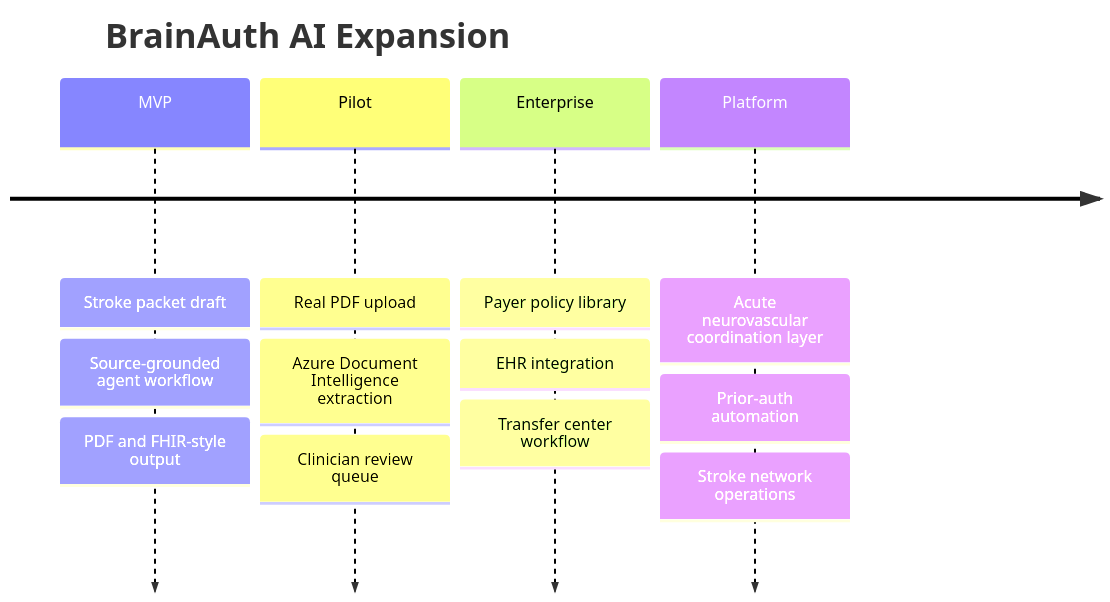
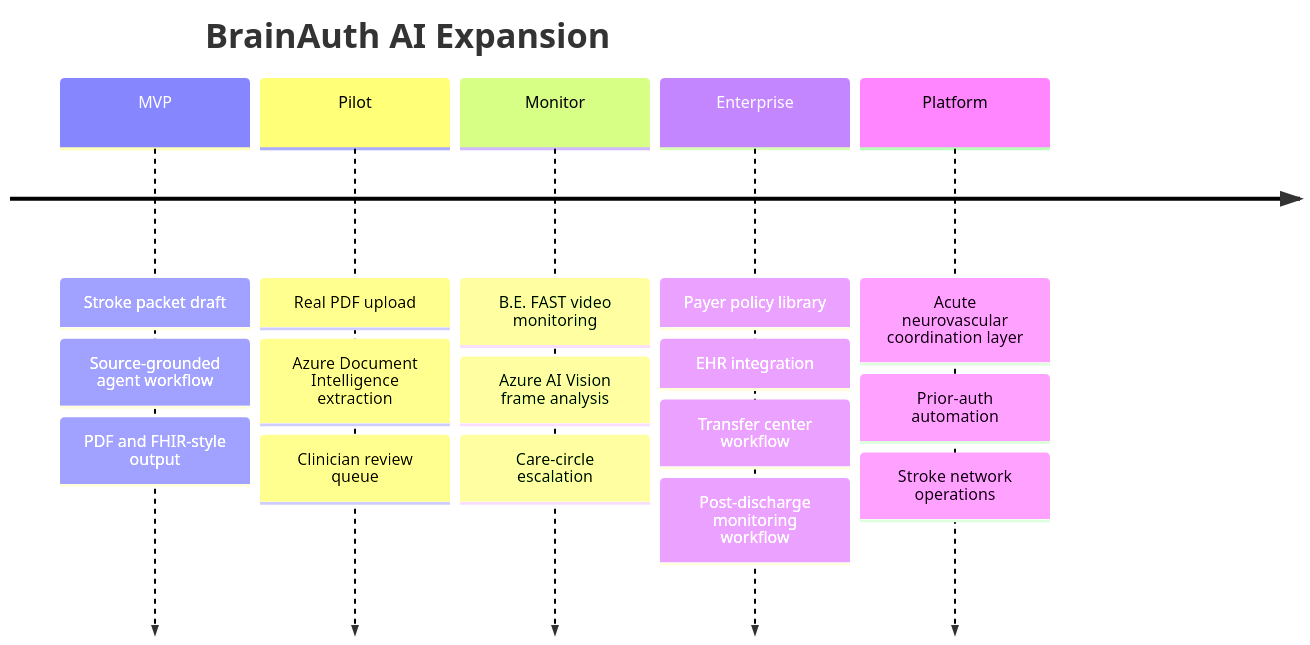
One commit to roshaninfordham/brainauthai changed the diagram in docs/STARTUP_STORY.md. Above: the diagram before and after it, drawn with Mermaid. The commit also changed other lines of this file and 15 other files, not shown here.

Commit message:
feat: add BE FAST vision monitoring demo

````diff
--- a/docs/STARTUP_STORY.md
+++ b/docs/STARTUP_STORY.md
@@ -21,16 +21,20 @@
 ```mermaid
 timeline
   title BrainAuth AI Expansion
   MVP : Stroke packet draft
       : Source-grounded agent workflow
       : PDF and FHIR-style output
   Pilot : Real PDF upload
         : Azure Document Intelligence extraction
         : Clinician review queue
+  Monitor : B.E. FAST video monitoring
+          : Azure AI Vision frame analysis
+          : Care-circle escalation
   Enterprise : Payer policy library
              : EHR integration
              : Transfer center workflow
+             : Post-discharge monitoring workflow
   Platform : Acute neurovascular coordination layer
            : Prior-auth automation
            : Stroke network operations
 ```
````
